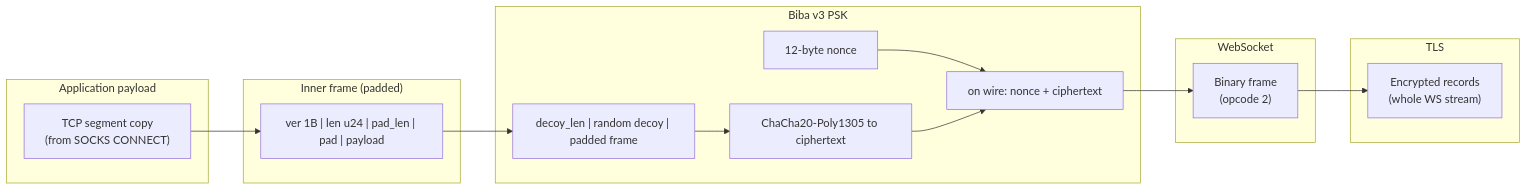
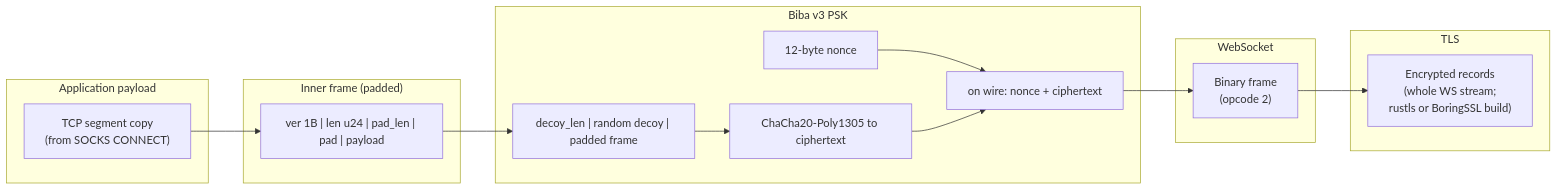
One commit to Eljaja/BibaVPN changed the first of 3 diagrams in PROTOCOL.md. Above: the diagram before and after it, drawn with Mermaid. The commit also changed other lines of this file and 2 other files, not shown here.

````diff
--- a/PROTOCOL.md
+++ b/PROTOCOL.md
@@ -28,33 +29,33 @@
 ```mermaid
 flowchart LR
   subgraph L7["Application payload"]
     P["TCP segment copy\n(from SOCKS CONNECT)"]
   end
 
   subgraph L6["Inner frame (padded)"]
     F["ver 1B | len u24 | pad_len | pad | payload"]
   end
 
   subgraph L5["Biba v3 PSK"]
     V2["decoy_len | random decoy | padded frame"]
     AEAD["ChaCha20-Poly1305 to ciphertext"]
     NONCE["12-byte nonce"]
     W2["on wire: nonce + ciphertext"]
   end
 
   subgraph L4["WebSocket"]
     WS["Binary frame\n(opcode 2)"]
   end
 
   subgraph L3["TLS"]
-    TLS["Encrypted records\n(whole WS stream)"]
+    TLS["Encrypted records\n(whole WS stream;\n rustls or BoringSSL build)"]
   end
 
   P --> F
   F --> V2
   V2 --> AEAD
   NONCE --> W2
   AEAD --> W2
   W2 --> WS
   WS --> TLS
 ```
````
